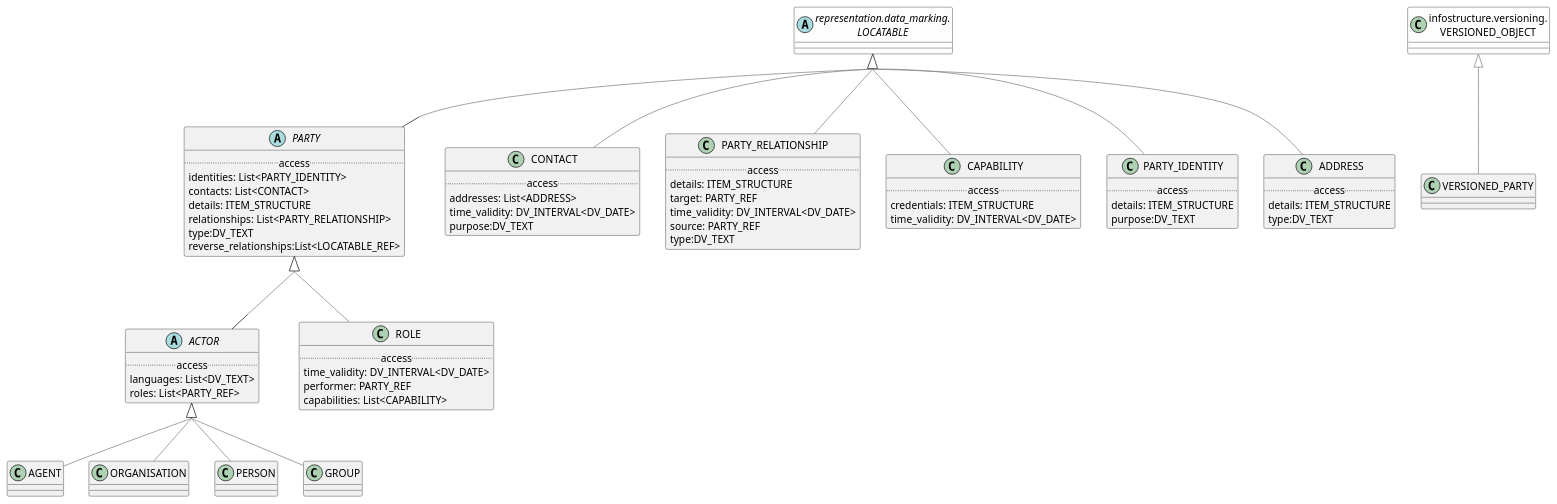
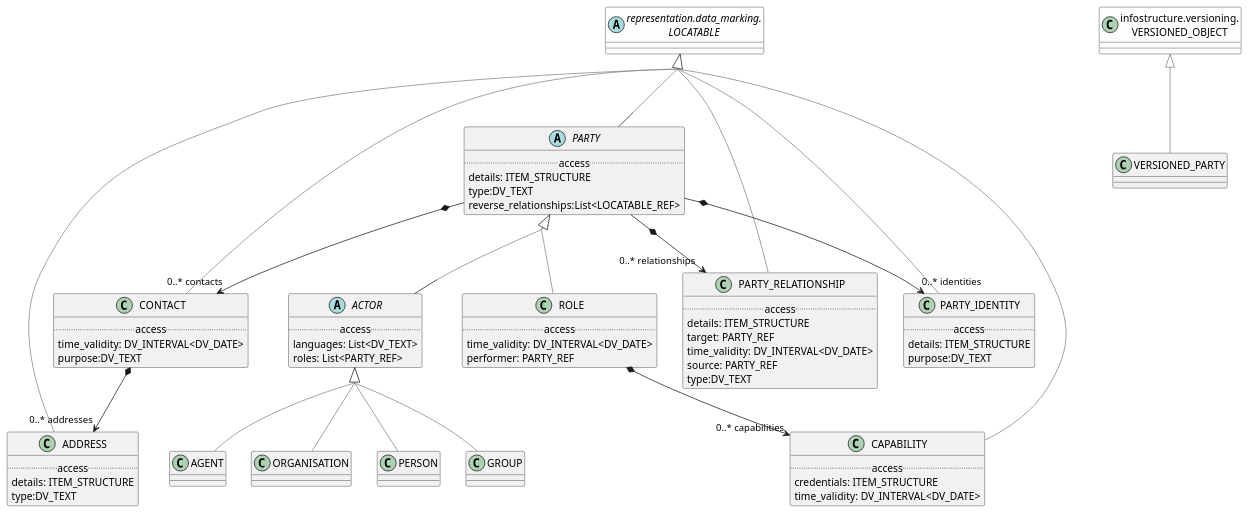
One commit to wolandscat/openehr-doc changed the diagram in modules/ROOT/examples/bmm/foundation/demographic/demographic-package-uml.adoc. Above: the diagram before and after it, drawn with PlantUML. The commit also changed 26 other files, not shown here.

```diff
--- a/modules/ROOT/examples/bmm/foundation/demographic/demographic-package-uml.adoc
+++ b/modules/ROOT/examples/bmm/foundation/demographic/demographic-package-uml.adoc
@@ -8,13 +8,14 @@
 
 class CONTACT [[/openehr-doc/latest/foundation/demographic-gen.html#_class_contact]] {
         .. access ..
-        addresses: List<ADDRESS>
         time_validity: DV_INTERVAL<DV_DATE>
         purpose:DV_TEXT
 }
 
 CONTACT -[#gray]up-|> LOCATABLE  
 
+
+CONTACT *--> "0..* addresses" ADDRESS
 
 class PARTY_RELATIONSHIP [[/openehr-doc/latest/foundation/demographic-gen.html#_class_party_relationship]] {
         .. access ..
@@ -41,11 +42,12 @@
         .. access ..
         time_validity: DV_INTERVAL<DV_DATE>
         performer: PARTY_REF
-        capabilities: List<CAPABILITY>
 }
 
 ROLE -[#gray]up-|> PARTY  
 
+
+ROLE *--> "0..* capabilities" CAPABILITY
 
 class AGENT [[/openehr-doc/latest/foundation/demographic-gen.html#_class_agent]] {
 }
@@ -70,16 +72,19 @@
 
 abstract class PARTY [[/openehr-doc/latest/foundation/demographic-gen.html#_class_party]] {
         .. access ..
-        identities: List<PARTY_IDENTITY>
-        contacts: List<CONTACT>
         details: ITEM_STRUCTURE
-        relationships: List<PARTY_RELATIONSHIP>
         type:DV_TEXT
         reverse_relationships:List<LOCATABLE_REF>
 }
 
 PARTY -[#gray]up-|> LOCATABLE  
 
+
+PARTY *--> "0..* identities" PARTY_IDENTITY
+
+PARTY *--> "0..* contacts" CONTACT
+
+PARTY *--> "0..* relationships" PARTY_RELATIONSHIP
 
 class PERSON [[/openehr-doc/latest/foundation/demographic-gen.html#_class_person]] {
 }
```
